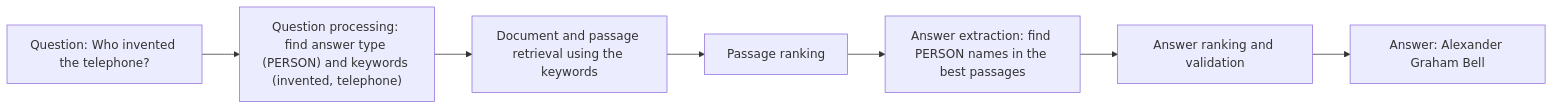
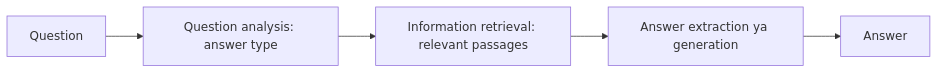
Before and after one commit to TrendySloth1001/sem-seven-notes: the fifth of 9 diagrams in content/natural-language-processing/notes/nlp-applications.hi.mdx, drawn with Mermaid. The commit also changed other lines of this file and 406 other files, not shown here.

````diff
--- a/content/natural-language-processing/notes/nlp-applications.hi.mdx
+++ b/content/natural-language-processing/notes/nlp-applications.hi.mdx
@@ -649,10 +204,8 @@
 ```mermaid
-%% caption: Question answering system ki pipeline, 'Who invented the telephone?' running example ke saath.
+%% caption: Question answering pipeline ke teen stages.
 flowchart LR
-  Q["Question: Who invented the telephone?"] --> QP["Question processing: find answer type (PERSON) and keywords (invented, telephone)"]
-  QP --> DR["Document and passage retrieval using the keywords"]
-  DR --> PR["Passage ranking"]
-  PR --> AE["Answer extraction: find PERSON names in the best passages"]
-  AE --> AR["Answer ranking and validation"]
-  AR --> ANS["Answer: Alexander Graham Bell"]
+  Q["Question"] --> A["Question analysis: answer type"]
+  A --> B["Information retrieval: relevant passages"]
+  B --> C["Answer extraction ya generation"]
+  C --> D["Answer"]
 ```
````
